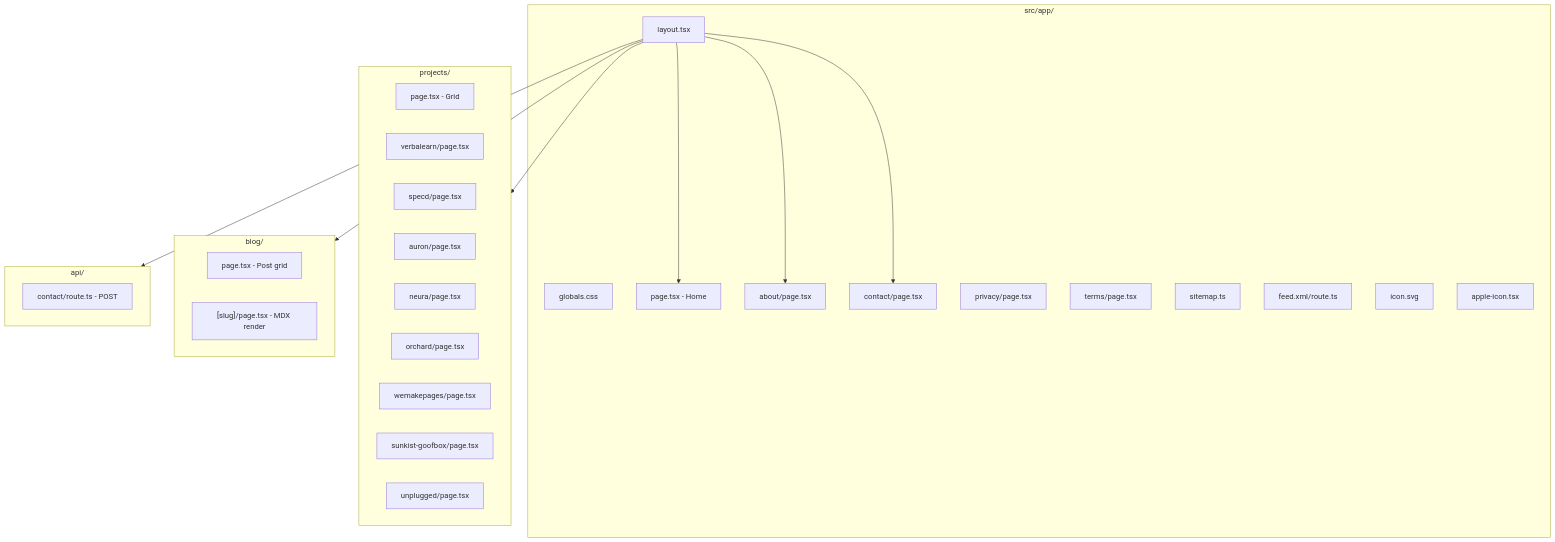
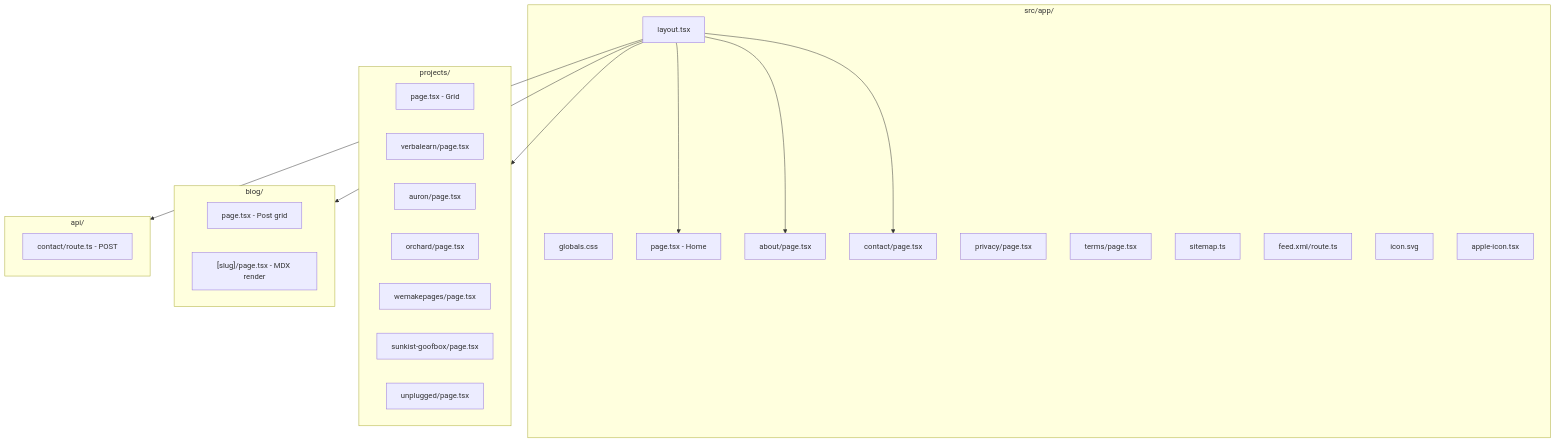
One commit to VerbaLearnTeam/rmvs-website changed the third of 7 diagrams in docs/ARCHITECTURE.md. Above: the diagram before and after it, drawn with Mermaid. The commit also changed 22 other files, not shown here.

````diff
--- a/docs/ARCHITECTURE.md
+++ b/docs/ARCHITECTURE.md
@@ -122,44 +122,42 @@
 ```mermaid
 flowchart TB
     subgraph root [src/app/]
         RootLayout[layout.tsx]
         GlobalCSS[globals.css]
         Home[page.tsx - Home]
         About[about/page.tsx]
         Contact[contact/page.tsx]
         Privacy[privacy/page.tsx]
         Terms[terms/page.tsx]
         Sitemap[sitemap.ts]
         FeedXML[feed.xml/route.ts]
         IconSVG[icon.svg]
         AppleIcon[apple-icon.tsx]
     end
 
     subgraph projects [projects/]
         ProjectsIndex[page.tsx - Grid]
         VerbaLearn[verbalearn/page.tsx]
-        Specd[specd/page.tsx]
         Auron[auron/page.tsx]
-        Neura[neura/page.tsx]
         Orchard[orchard/page.tsx]
         WeMakePages[wemakepages/page.tsx]
         SunkistGoofbox[sunkist-goofbox/page.tsx]
         Unplugged[unplugged/page.tsx]
     end
 
     subgraph blog [blog/]
         BlogIndex[page.tsx - Post grid]
         BlogSlug["[slug]/page.tsx - MDX render"]
     end
 
     subgraph api [api/]
         ContactAPI[contact/route.ts - POST]
     end
 
     RootLayout --> Home
     RootLayout --> About
     RootLayout --> projects
     RootLayout --> blog
     RootLayout --> Contact
     RootLayout --> api
 ```
````
